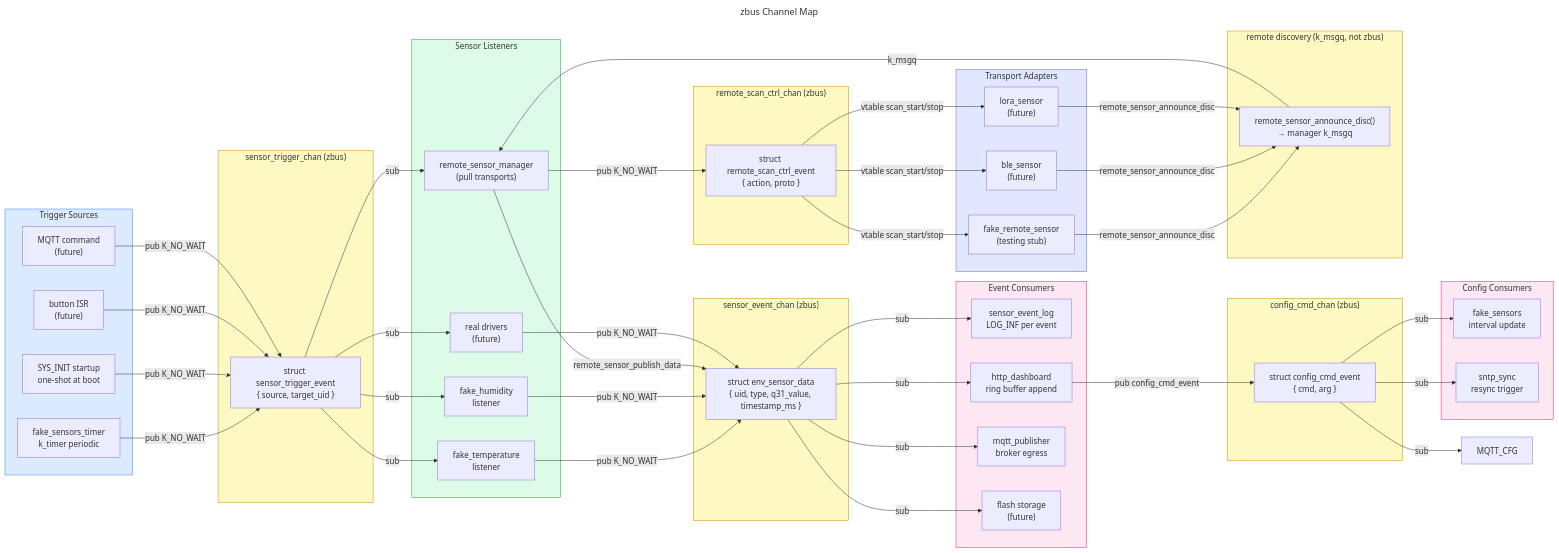
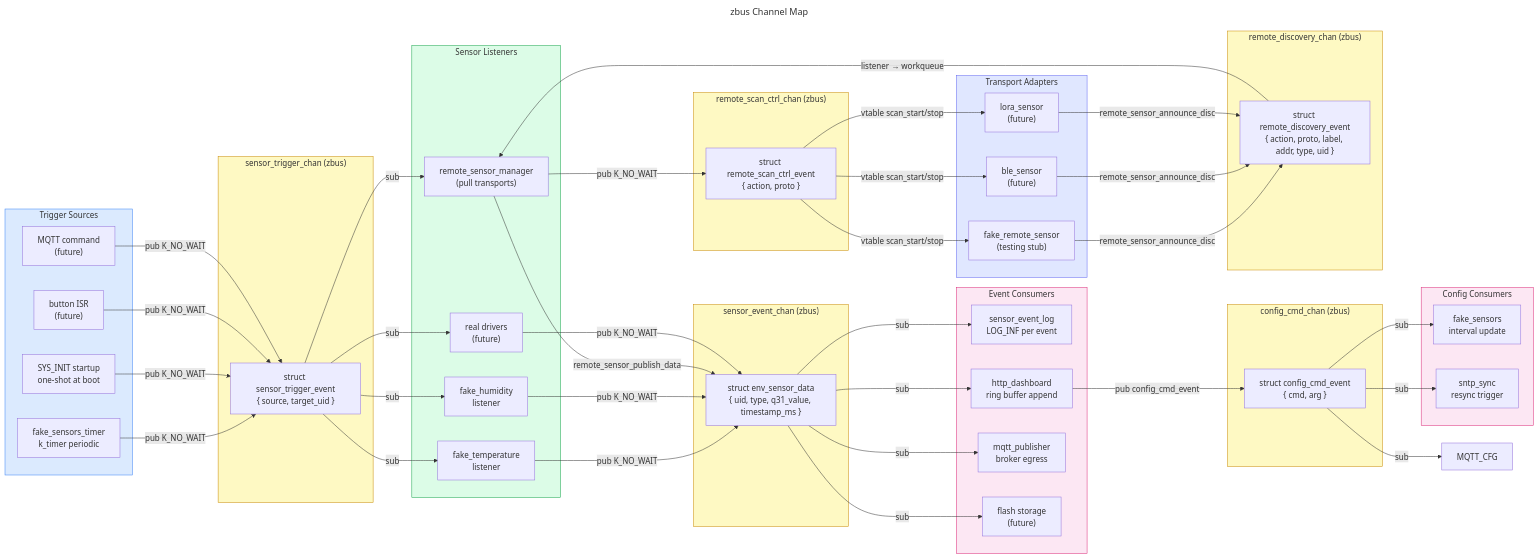
The diagram in docs/architecture/diagrams/zbus-channels.mmd (tobiwan88/weather-station), drawn with Mermaid before and after one commit. The commit also changed 1 other file, not shown here.

Commit message:
docs(architecture): update event-bus and zbus-channels for discovery redesign

```diff
--- a/docs/architecture/diagrams/zbus-channels.mmd
+++ b/docs/architecture/diagrams/zbus-channels.mmd
@@ -1,101 +1,101 @@
 ---
 title: zbus Channel Map
 ---
 graph LR
     subgraph TRIGGERS["Trigger Sources"]
         TMR["fake_sensors_timer\nk_timer periodic"]
         BOOT["SYS_INIT startup\none-shot at boot"]
         BTN["button ISR\n(future)"]
         MQTT_CMD["MQTT command\n(future)"]
     end
 
     subgraph CHAN_T["sensor_trigger_chan (zbus)"]
         ST["struct sensor_trigger_event\n{ source, target_uid }"]
     end
 
     subgraph SENSORS["Sensor Listeners"]
         FT["fake_temperature\nlistener"]
         FH["fake_humidity\nlistener"]
         RSM["remote_sensor_manager\n(pull transports)"]
         RD["real drivers\n(future)"]
     end
 
     subgraph CHAN_E["sensor_event_chan (zbus)"]
         SE["struct env_sensor_data\n{ uid, type, q31_value, timestamp_ms }"]
     end
 
     subgraph CONSUMERS["Event Consumers"]
         SEL["sensor_event_log\nLOG_INF per event"]
         HTTPL["http_dashboard\nring buffer append"]
         MQTTP["mqtt_publisher\nbroker egress"]
         FLASH["flash storage\n(future)"]
     end
 
     subgraph CHAN_CFG["config_cmd_chan (zbus)"]
         CC["struct config_cmd_event\n{ cmd, arg }"]
     end
 
     subgraph CFG_CONSUMERS["Config Consumers"]
         FS_CFG["fake_sensors\ninterval update"]
         SNTP_CFG["sntp_sync\nresync trigger"]
     end
 
-    subgraph CHAN_DISC["remote discovery (k_msgq, not zbus)"]
-        RD2["remote_sensor_announce_disc()\n→ manager k_msgq"]
+    subgraph CHAN_DISC["remote_discovery_chan (zbus)"]
+        RD2["struct remote_discovery_event\n{ action, proto, label, addr, type, uid }"]
     end
 
     subgraph CHAN_SCAN["remote_scan_ctrl_chan (zbus)"]
         SC["struct remote_scan_ctrl_event\n{ action, proto }"]
     end
 
     subgraph TRANSPORTS["Transport Adapters"]
         FAKE_T["fake_remote_sensor\n(testing stub)"]
         BLE_T["ble_sensor\n(future)"]
         LORA_T["lora_sensor\n(future)"]
     end
 
     TMR -->|pub K_NO_WAIT| ST
     BOOT -->|pub K_NO_WAIT| ST
     BTN -->|pub K_NO_WAIT| ST
     MQTT_CMD -->|pub K_NO_WAIT| ST
 
     ST -->|sub| FT
     ST -->|sub| FH
     ST -->|sub| RSM
     ST -->|sub| RD
 
     FT -->|pub K_NO_WAIT| SE
     FH -->|pub K_NO_WAIT| SE
     RSM -->|remote_sensor_publish_data| SE
     RD -->|pub K_NO_WAIT| SE
 
     SE -->|sub| SEL
     SE -->|sub| HTTPL
     SE -->|sub| MQTTP
     SE -->|sub| FLASH
 
     HTTPL -->|pub config_cmd_event| CC
     CC -->|sub| FS_CFG
     CC -->|sub| SNTP_CFG
     CC -->|sub| MQTT_CFG
 
     FAKE_T -->|remote_sensor_announce_disc| RD2
     BLE_T -->|remote_sensor_announce_disc| RD2
     LORA_T -->|remote_sensor_announce_disc| RD2
-    RD2 -->|k_msgq| RSM
+    RD2 -->|listener → workqueue| RSM
 
     RSM -->|pub K_NO_WAIT| SC
     SC -->|vtable scan_start/stop| FAKE_T
     SC -->|vtable scan_start/stop| BLE_T
     SC -->|vtable scan_start/stop| LORA_T
 
     style CHAN_T fill:#fef9c3,stroke:#ca8a04
     style CHAN_E fill:#fef9c3,stroke:#ca8a04
     style CHAN_CFG fill:#fef9c3,stroke:#ca8a04
     style CHAN_DISC fill:#fef9c3,stroke:#ca8a04
     style CHAN_SCAN fill:#fef9c3,stroke:#ca8a04
     style TRIGGERS fill:#dbeafe,stroke:#3b82f6
     style SENSORS fill:#dcfce7,stroke:#16a34a
     style CONSUMERS fill:#fce7f3,stroke:#db2777
     style CFG_CONSUMERS fill:#fce7f3,stroke:#db2777
     style TRANSPORTS fill:#e0e7ff,stroke:#6366f1
```
